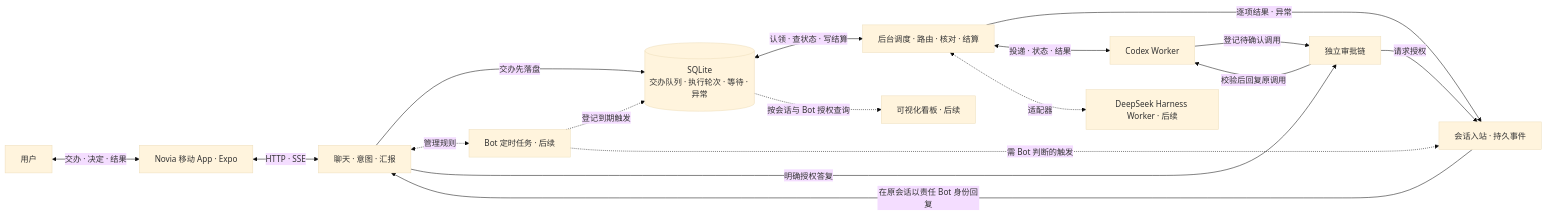
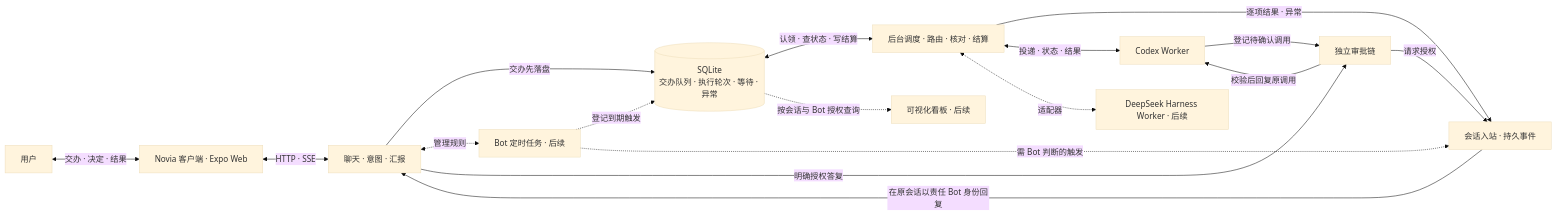
Before and after one commit to hoholidayx/Aion: the diagram in docs/assistant-worker-dispatch-prd.md, drawn with Mermaid (base theme). The commit also changed other lines of this file, not shown here.

Commit message:
docs: map Novia demo findings to Web-first delivery

````diff
--- a/docs/assistant-worker-dispatch-prd.md
+++ b/docs/assistant-worker-dispatch-prd.md
@@ -79,30 +79,30 @@
 ```mermaid
 flowchart LR
     User["用户"]
-    App["Novia 移动 App · Expo"]
+    App["Novia 客户端 · Expo Web"]
     Chat["聊天 · 意图 · 汇报"]
     Dispatch["后台调度 · 路由 · 核对 · 结算"]
     Store[("SQLite<br/>交办队列 · 执行轮次 · 等待 · 异常")]
     Inbox["会话入站 · 持久事件"]
     Approval["独立审批链"]
     Schedules["Bot 定时任务 · 后续"]
     Board["可视化看板 · 后续"]
     Codex["Codex Worker"]
     Harness["DeepSeek Harness Worker · 后续"]
     User <-->|交办 · 决定 · 结果| App
     App <-->|HTTP · SSE| Chat
     Chat -->|交办先落盘| Store
     Store <-->|认领 · 查状态 · 写结算| Dispatch
     Dispatch -->|逐项结果 · 异常| Inbox
     Inbox -->|在原会话以责任 Bot 身份回复| Chat
     Chat <-.->|管理规则| Schedules
     Schedules -.->|登记到期触发| Store
     Schedules -.->|需 Bot 判断的触发| Inbox
     Codex -->|登记待确认调用| Approval
     Approval -->|请求授权| Inbox
     Chat -->|明确授权答复| Approval
     Approval -->|校验后回复原调用| Codex
     Dispatch <-->|投递 · 状态 · 结果| Codex
     Store -.->|按会话与 Bot 授权查询| Board
     Dispatch <-.->|适配器| Harness
 ```
````
